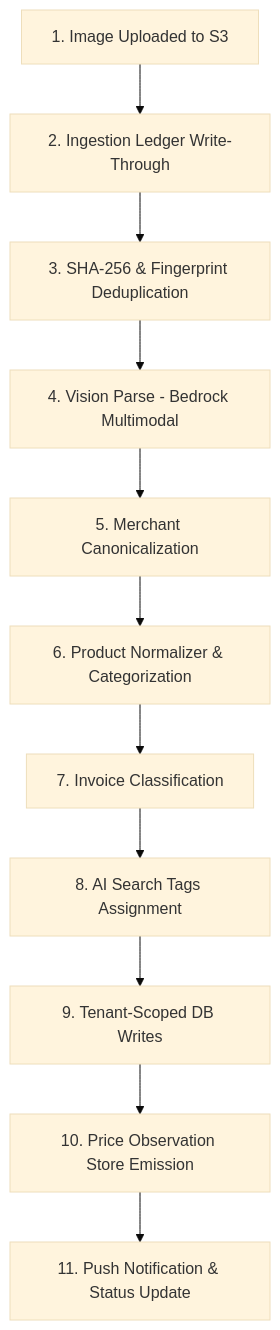
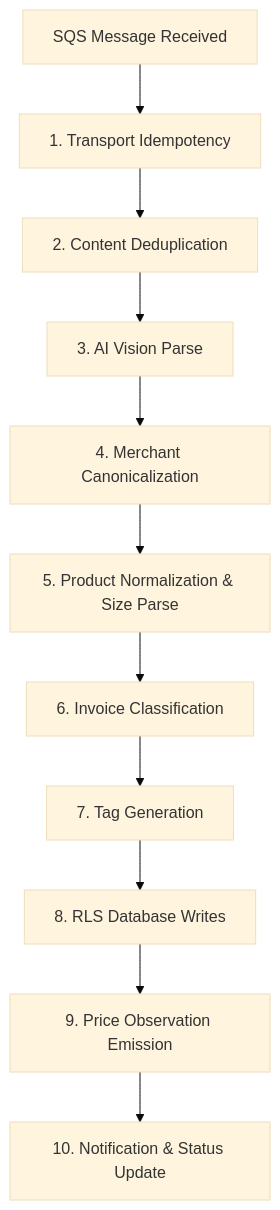
The diagram in .okf/pipelines/ingestion-pipeline.md (antonioreuter/wobblio), drawn with Mermaid (base theme) before and after one commit. The commit also changed other lines of this file and 14 other files, not shown here.

Commit message:
docs: create architectural documentation and product specifications in the .okf directory to detail quota management, GDPR compliance, and system design.

````diff
--- a/.okf/pipelines/ingestion-pipeline.md
+++ b/.okf/pipelines/ingestion-pipeline.md
@@ -15,13 +19,13 @@
 ```mermaid
 graph TD
-    Image[1. Image Uploaded to S3] --> Ledger[2. Ingestion Ledger Write-Through]
-    Ledger --> DupCheck[3. SHA-256 & Fingerprint Deduplication]
-    DupCheck --> Vision[4. Vision Parse - Bedrock Multimodal]
-    Vision --> Merchant[5. Merchant Canonicalization]
-    Merchant --> Product[6. Product Normalizer & Categorization]
-    Product --> Classify[7. Invoice Classification]
-    Classify --> Tags[8. AI Search Tags Assignment]
-    Tags --> DBWrites[9. Tenant-Scoped DB Writes]
-    DBWrites --> EmitObs[10. Price Observation Store Emission]
-    EmitObs --> Notify[11. Push Notification & Status Update]
+    Trigger[SQS Message Received] --> Idempotency[1. Transport Idempotency]
+    Idempotency --> DupCheck[2. Content Deduplication]
+    DupCheck --> Vision[3. AI Vision Parse]
+    Vision --> Merchant[4. Merchant Canonicalization]
+    Merchant --> Product[5. Product Normalization & Size Parse]
+    Product --> Classify[6. Invoice Classification]
+    Classify --> Tags[7. Tag Generation]
+    Tags --> DBWrites[8. RLS Database Writes]
+    DBWrites --> PriceObs[9. Price Observation Emission]
+    PriceObs --> Notify[10. Notification & Status Update]
 ```
````
